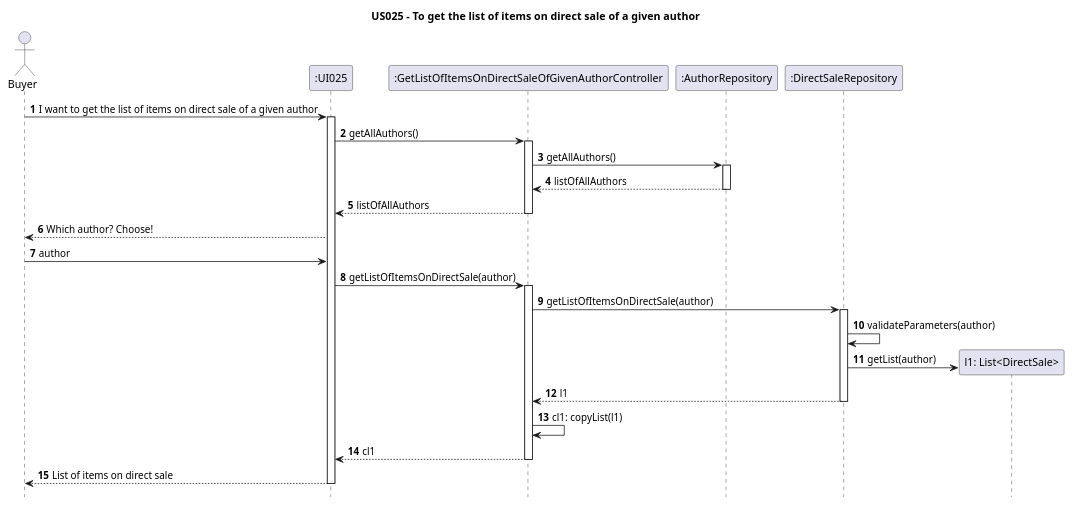
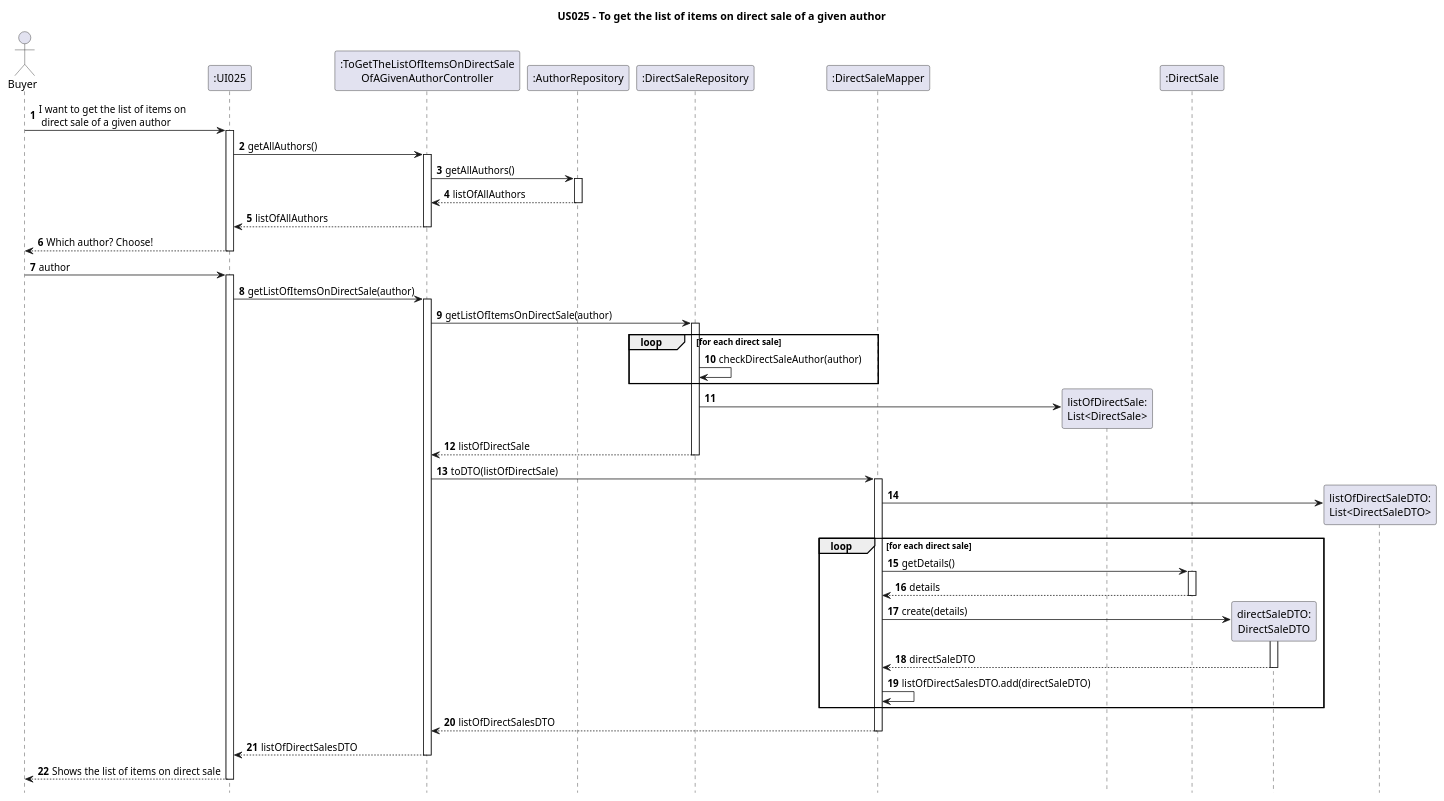
One commit to AndrePereiraGitH/SWitCH-Project-Team_A changed the diagram in Diagrams/SequenceDiagrams/N2/US025-to-get-the-list-of-items-on-direct-sale-of-a-given-author.puml. Above: the diagram before and after it, drawn with PlantUML. The commit also changed 3 other files, not shown here.

```diff
--- a/Diagrams/SequenceDiagrams/N2/US025-to-get-the-list-of-items-on-direct-sale-of-a-given-author.puml
+++ b/Diagrams/SequenceDiagrams/N2/US025-to-get-the-list-of-items-on-direct-sale-of-a-given-author.puml
@@ -1,52 +1,79 @@
 @startuml
 
 hide footbox
 autonumber
 title US025 - To get the list of items on direct sale of a given author
 
 actor Buyer
+
+' Participants
 participant ":UI025" as UI025
+participant ":ToGetTheListOfItemsOnDirectSale\nOfAGivenAuthorController" as Ctrl
+participant ":AuthorRepository" as AuthorRepository
+participant ":DirectSaleRepository" as DirectSaleRepository
+participant ":DirectSaleMapper" as Mapper
+participant "listOfDirectSale:\nList<DirectSale>" as ListDS
+participant ":DirectSale" as DSDomain
+participant "directSaleDTO:\nDirectSaleDTO" as DTO
+participant "listOfDirectSaleDTO:\nList<DirectSaleDTO>" as ListDTO
 
-participant ":GetListOfItemsOnDirectSaleOfGivenAuthorController" as GetListOfItemsOnDirectSaleOfGivenAuthorController
 
-participant ":AuthorRepository" as AuthorRepository
+' Interactions
+Buyer -> UI025 : I want to get the list of items on\n direct sale of a given author
+activate UI025
+UI025 -> Ctrl : getAllAuthors()
+activate Ctrl
+Ctrl -> AuthorRepository: getAllAuthors()
+activate AuthorRepository
+AuthorRepository --> Ctrl: listOfAllAuthors
+deactivate AuthorRepository
+Ctrl --> UI025 : listOfAllAuthors
+deactivate Ctrl
+Buyer <-- UI025 : Which author? Choose!
+deactivate UI025
+Buyer -> UI025 : author
+activate UI025
 
-participant ":DirectSaleRepository" as DirectSaleRepository
+UI025 -> Ctrl : getListOfItemsOnDirectSale(author)
+activate Ctrl
 
-Buyer -> UI025 : I want to get the list of items on direct sale of a given author
-activate UI025
-UI025 -> GetListOfItemsOnDirectSaleOfGivenAuthorController : getAllAuthors()
-activate GetListOfItemsOnDirectSaleOfGivenAuthorController
-GetListOfItemsOnDirectSaleOfGivenAuthorController -> AuthorRepository: getAllAuthors()
-activate AuthorRepository
-AuthorRepository --> GetListOfItemsOnDirectSaleOfGivenAuthorController: listOfAllAuthors
-deactivate AuthorRepository
-GetListOfItemsOnDirectSaleOfGivenAuthorController --> UI025 : listOfAllAuthors
-deactivate GetListOfItemsOnDirectSaleOfGivenAuthorController
-Buyer <-- UI025 : Which author? Choose!
-Buyer -> UI025 : author
-
-UI025 -> GetListOfItemsOnDirectSaleOfGivenAuthorController : getListOfItemsOnDirectSale(author)
-activate GetListOfItemsOnDirectSaleOfGivenAuthorController
-
-GetListOfItemsOnDirectSaleOfGivenAuthorController -> DirectSaleRepository : getListOfItemsOnDirectSale(author)
+Ctrl -> DirectSaleRepository : getListOfItemsOnDirectSale(author)
 activate DirectSaleRepository
 
+loop for each direct sale
+    DirectSaleRepository -> DirectSaleRepository : checkDirectSaleAuthor(author)
+end
 
-DirectSaleRepository -> DirectSaleRepository : validateParameters(author)
+DirectSaleRepository -> ListDS ** :
+DirectSaleRepository --> Ctrl : listOfDirectSale
 
-create "l1: List<DirectSale>" as DirectSaleList
-DirectSaleRepository -> DirectSaleList : getList(author)
-
-DirectSaleRepository --> GetListOfItemsOnDirectSaleOfGivenAuthorController : l1
 deactivate DirectSaleRepository
 
-GetListOfItemsOnDirectSaleOfGivenAuthorController -> GetListOfItemsOnDirectSaleOfGivenAuthorController : cl1: copyList(l1)
+Ctrl -> Mapper : toDTO(listOfDirectSale)
+activate Mapper
+Mapper -> ListDTO ** :
 
-GetListOfItemsOnDirectSaleOfGivenAuthorController --> UI025 : cl1
-deactivate GetListOfItemsOnDirectSaleOfGivenAuthorController
+    loop for each direct sale
+        Mapper -> DSDomain : getDetails()
+        activate DSDomain
+        DSDomain --> Mapper : details
+        deactivate DSDomain
 
-UI025 --> Buyer : List of items on direct sale
+        Mapper -> DTO ** : create(details)
+        activate DTO
+        DTO --> Mapper : directSaleDTO
+        deactivate DTO
+
+        Mapper -> Mapper : listOfDirectSalesDTO.add(directSaleDTO)
+    end
+
+Mapper --> Ctrl : listOfDirectSalesDTO
+deactivate Mapper
+
+Ctrl --> UI025 : listOfDirectSalesDTO
+deactivate Ctrl
+
+UI025 --> Buyer : Shows the list of items on direct sale
 deactivate UI025
 
 @enduml
```
